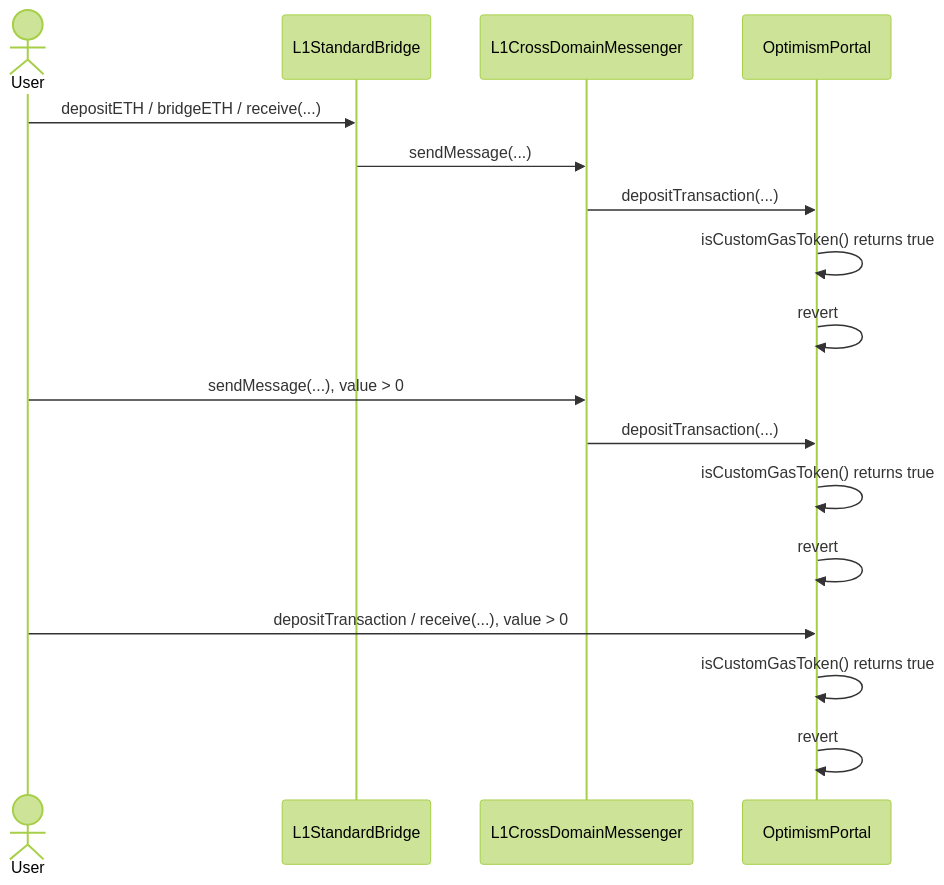
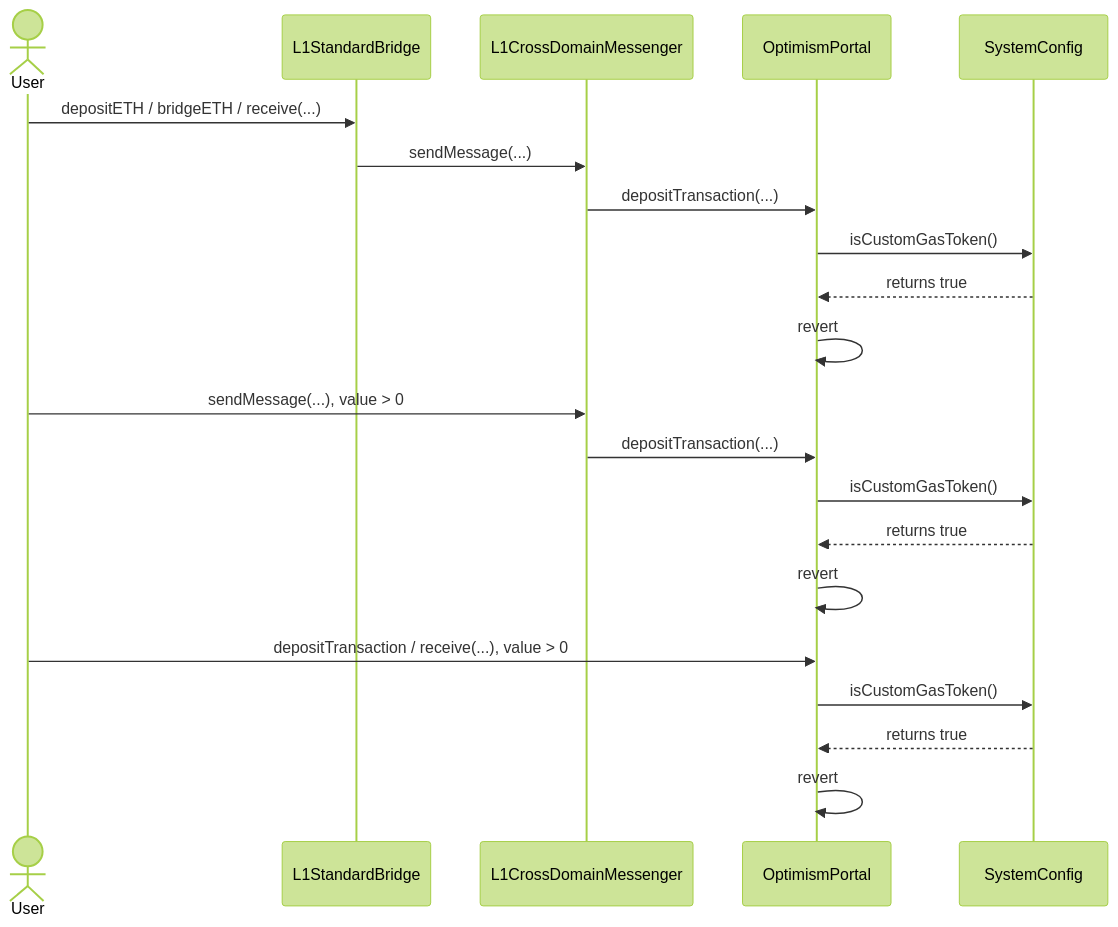
The fourth of 7 diagrams in protocol/custom-gas-token.md (ethereum-optimism/design-docs), drawn with Mermaid (forest theme) before and after one commit. The commit also changed other lines of this file, not shown here.

````diff
--- a/protocol/custom-gas-token.md
+++ b/protocol/custom-gas-token.md
@@ -365,23 +374,27 @@
 ```mermaid
  sequenceDiagram
     actor U as User
     participant SB as L1StandardBridge
     participant XDM as L1CrossDomainMessenger
     participant OP as OptimismPortal
+	participant SC as SystemConfig
     
     U->>SB: depositETH / bridgeETH / receive(...)
     SB->>XDM: sendMessage(...)
     XDM->>OP: depositTransaction(...)
-    OP->>OP: isCustomGasToken() returns true
+    OP->>SC: isCustomGasToken()
+	SC-->>OP: returns true
     OP->>OP: revert
 
     U->>XDM: sendMessage(...), value > 0
     XDM->>OP: depositTransaction(...)
-    OP->>OP: isCustomGasToken() returns true
+    OP->>SC: isCustomGasToken()
+	SC-->>OP: returns true
     OP->>OP: revert
 
     U->>OP: depositTransaction / receive(...), value > 0
-    OP->>OP: isCustomGasToken() returns true
+    OP->>SC: isCustomGasToken()
+	SC-->>OP: returns true
     OP->>OP: revert
 
 ```
````
